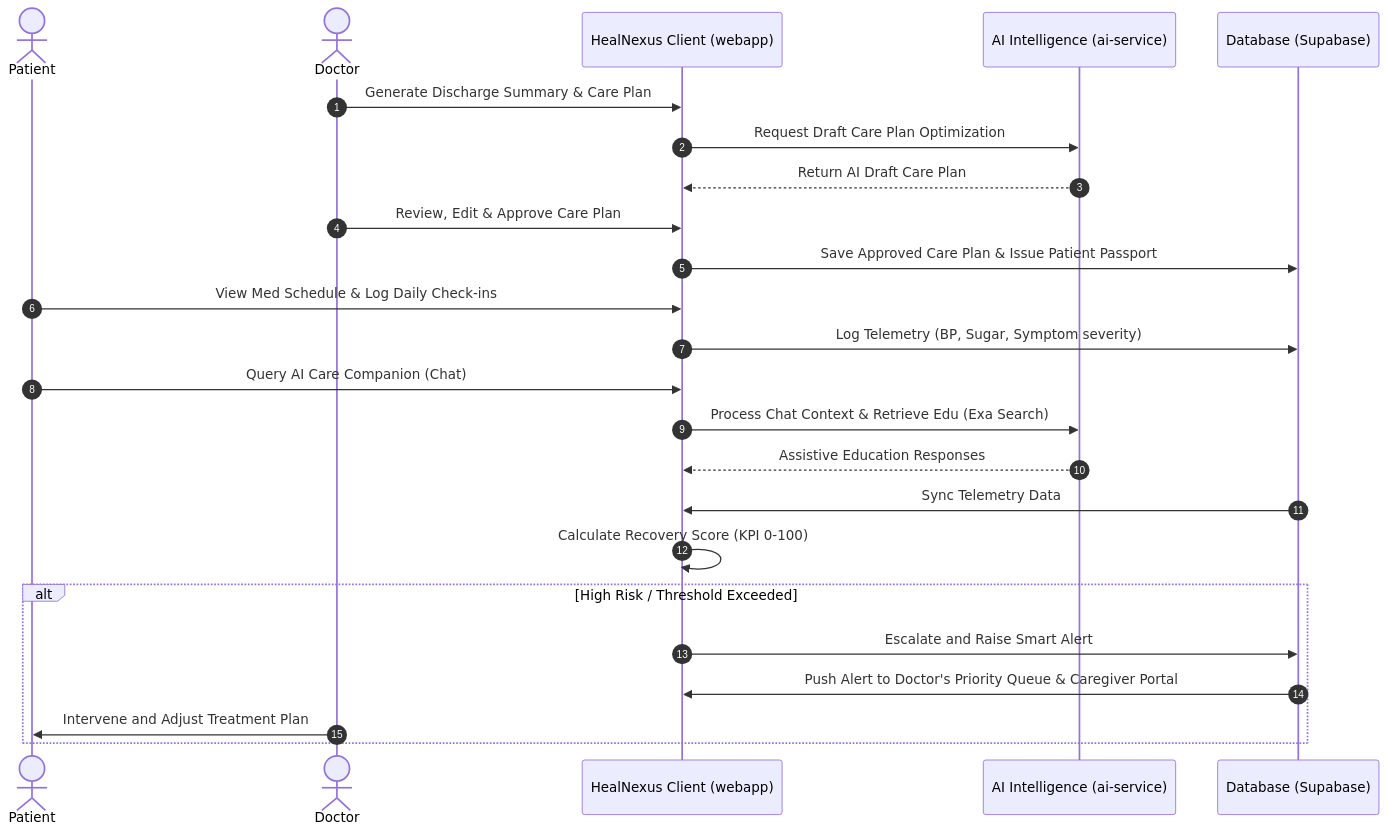
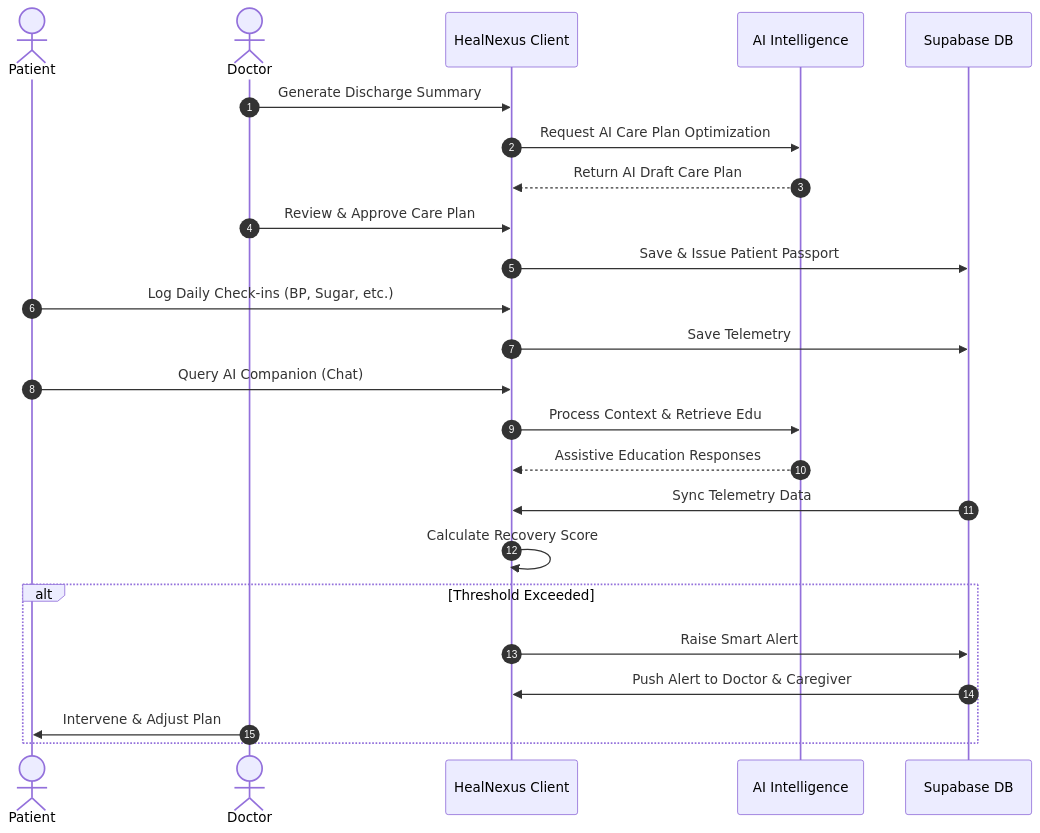
One commit to vishesh-017/TETRA003 changed the second of 2 diagrams in README.md. Above: the diagram before and after it, drawn with Mermaid. The commit also changed other lines of this file, not shown here.

````diff
--- a/README.md
+++ b/README.md
@@ -57,32 +88,32 @@
 ```mermaid
 sequenceDiagram
     autonumber
     actor Patient
     actor Doctor
-    participant WebApp as HealNexus Client (webapp)
-    participant AIService as AI Intelligence (ai-service)
-    participant Database as Database (Supabase)
+    participant WebApp as HealNexus Client
+    participant AIService as AI Intelligence
+    participant Database as Supabase DB
 
     %% Step 1: Discharge
-    Doctor->>WebApp: Generate Discharge Summary & Care Plan
-    WebApp->>AIService: Request Draft Care Plan Optimization
+    Doctor->>WebApp: Generate Discharge Summary
+    WebApp->>AIService: Request AI Care Plan Optimization
     AIService-->>WebApp: Return AI Draft Care Plan
-    Doctor->>WebApp: Review, Edit & Approve Care Plan
-    WebApp->>Database: Save Approved Care Plan & Issue Patient Passport
+    Doctor->>WebApp: Review & Approve Care Plan
+    WebApp->>Database: Save & Issue Patient Passport
 
-    %% Step 2: Home Care & Companion
-    Patient->>WebApp: View Med Schedule & Log Daily Check-ins
-    WebApp->>Database: Log Telemetry (BP, Sugar, Symptom severity)
-    Patient->>WebApp: Query AI Care Companion (Chat)
-    WebApp->>AIService: Process Chat Context & Retrieve Edu (Exa Search)
+    %% Step 2: Home Care
+    Patient->>WebApp: Log Daily Check-ins (BP, Sugar, etc.)
+    WebApp->>Database: Save Telemetry
+    Patient->>WebApp: Query AI Companion (Chat)
+    WebApp->>AIService: Process Context & Retrieve Edu
     AIService-->>WebApp: Assistive Education Responses
 
-    %% Step 3: Analysis & Alerts
+    %% Step 3: Alerts
     Database->>WebApp: Sync Telemetry Data
-    WebApp->>WebApp: Calculate Recovery Score (KPI 0-100)
-    alt High Risk / Threshold Exceeded
-        WebApp->>Database: Escalate and Raise Smart Alert
-        Database->>WebApp: Push Alert to Doctor's Priority Queue & Caregiver Portal
-        Doctor->>Patient: Intervene and Adjust Treatment Plan
+    WebApp->>WebApp: Calculate Recovery Score
+    alt Threshold Exceeded
+        WebApp->>Database: Raise Smart Alert
+        Database->>WebApp: Push Alert to Doctor & Caregiver
+        Doctor->>Patient: Intervene & Adjust Plan
     end
 ```
````
